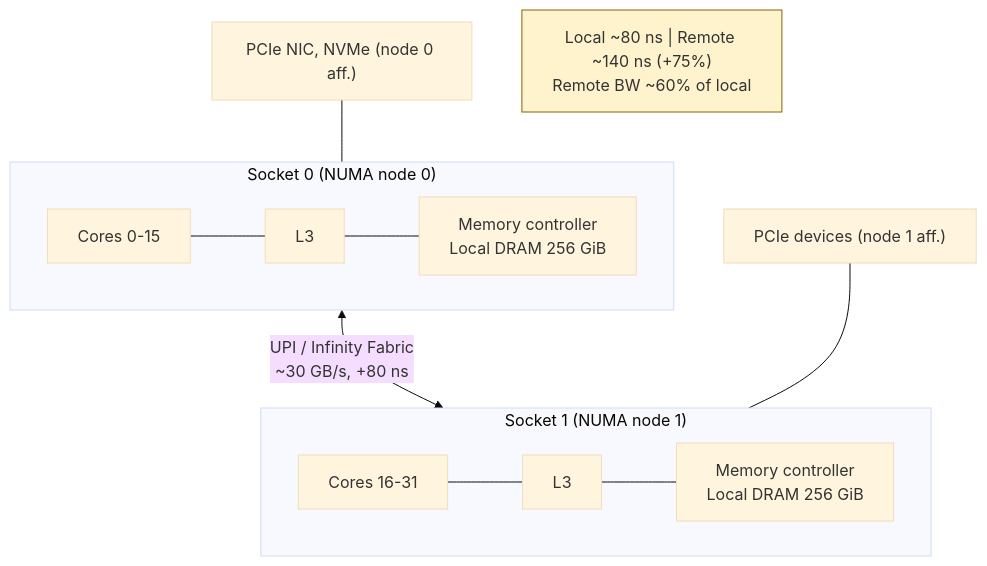
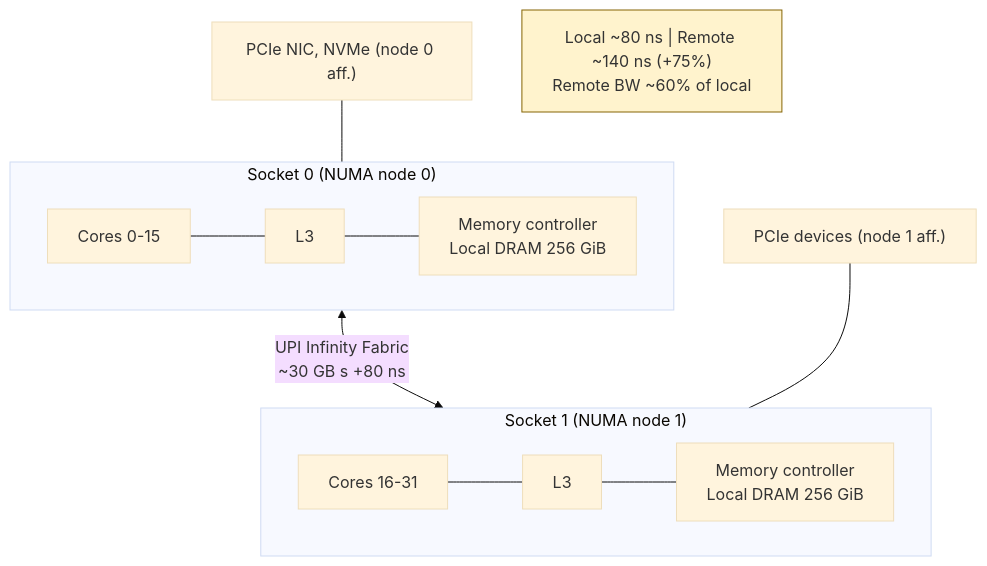
One commit to bumbsclaw/textbooks changed the fourth of 8 diagrams in vol-01-computer-architecture/ch06-numa.md. Above: the diagram before and after it, drawn with Mermaid (base theme). The commit also changed other lines of this file and 173 other files, not shown here.

First line of the commit message:
fix(mermaid): close note brackets, semicolons in Notes, stateDiagram br -> dash, edge parens

````diff
--- a/vol-01-computer-architecture/ch06-numa.md
+++ b/vol-01-computer-architecture/ch06-numa.md
@@ -259,20 +259,20 @@
 ```mermaid
 flowchart TD
     subgraph Socket0["Socket 0 (NUMA node 0)"]
         C0["Cores 0-15"]
         L3_0["L3"]
         MC0["Memory controller<br/>Local DRAM 256 GiB"]
         C0 --- L3_0 --- MC0
     end
     subgraph Socket1["Socket 1 (NUMA node 1)"]
         C1["Cores 16-31"]
         L3_1["L3"]
         MC1["Memory controller<br/>Local DRAM 256 GiB"]
         C1 --- L3_1 --- MC1
     end
-    Socket0 <-->|"UPI / Infinity Fabric<br/>~30 GB/s, +80 ns"| Socket1
+    Socket0 <-->|"UPI Infinity Fabric<br >~30 GB s +80 ns"| Socket1
     IO0["PCIe NIC, NVMe (node 0 aff.)"] --- Socket0
     IO1["PCIe devices (node 1 aff.)"] --- Socket1
     Note["Local ~80 ns | Remote ~140 ns (+75%)<br/>Remote BW ~60% of local"]
     style Note fill:#fff3cd,stroke:#856404
 ```
````
